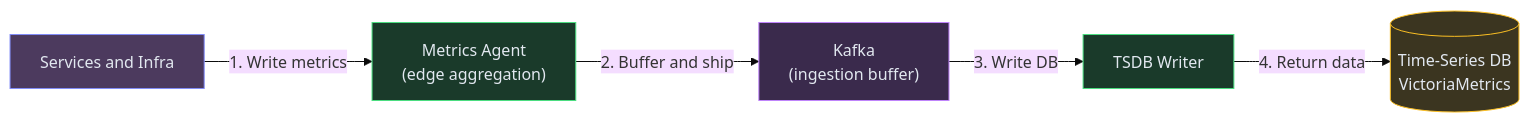
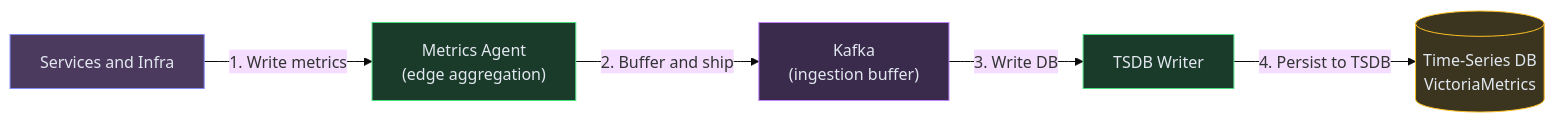
One commit to iluzn/HLD-Designs changed the second of 7 diagrams in content/hld/MetricsMonitoring.md. Above: the diagram before and after it, drawn with Mermaid (base theme). The commit also changed other lines of this file and 27 other files, not shown here.

````diff
--- a/content/hld/MetricsMonitoring.md
+++ b/content/hld/MetricsMonitoring.md
@@ -173,18 +173,18 @@
 ```mermaid
 flowchart LR
     APPS["Services and Infra"]:::client
     AGENT["Metrics Agent<br/>(edge aggregation)"]:::service
     KAFKA["Kafka<br/>(ingestion buffer)"]:::async
     WRITER["TSDB Writer"]:::service
     TSDB[("Time-Series DB<br/>VictoriaMetrics")]:::data
 
     APPS -->|"1. Write metrics"| AGENT
     AGENT -->|"2. Buffer and ship"| KAFKA
     KAFKA -->|"3. Write DB"| WRITER
-    WRITER -->|"4. Return data"| TSDB
+    WRITER -->|"4. Persist to TSDB"| TSDB
 
     classDef client fill:#4c3a5e,stroke:#818cf8,color:#e2e8f0
     classDef service fill:#1a3a2a,stroke:#4ade80,color:#e2e8f0
     classDef data fill:#3b3520,stroke:#fbbf24,color:#e2e8f0
     classDef async fill:#3a2a4c,stroke:#c084fc,color:#e2e8f0
 ```
````
